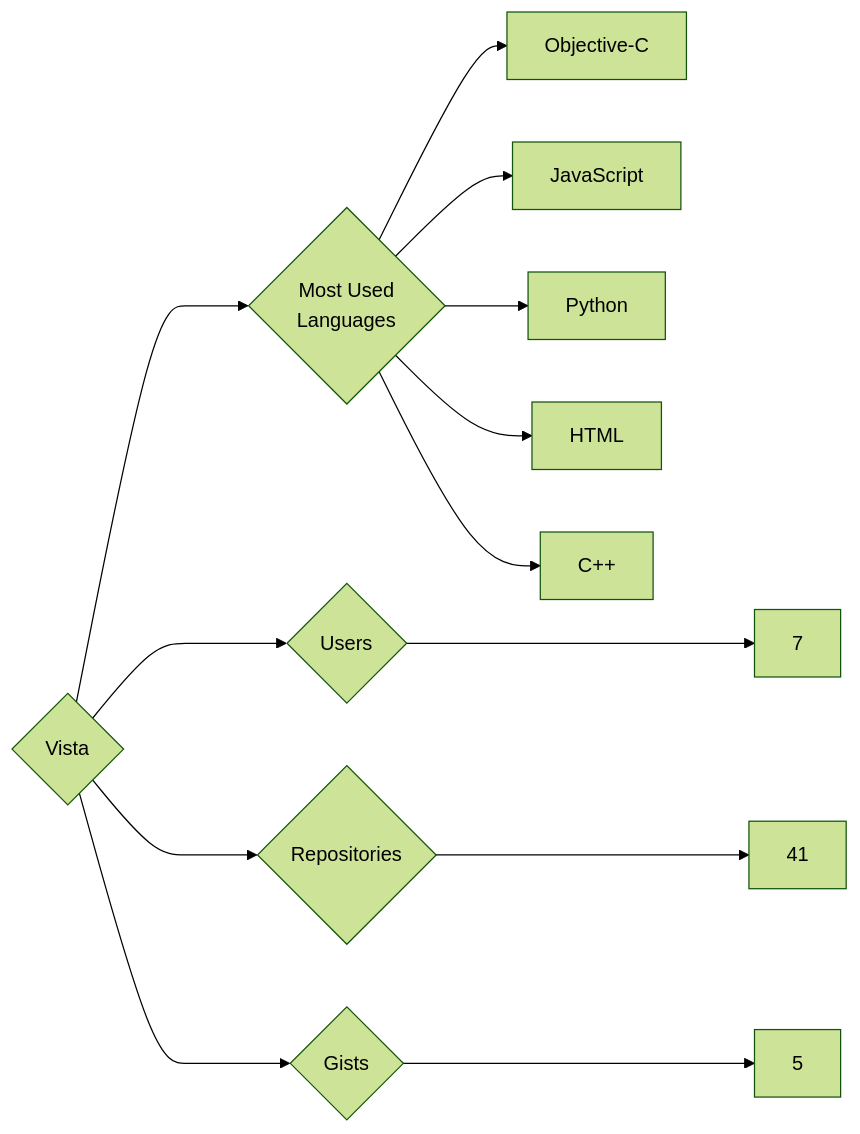
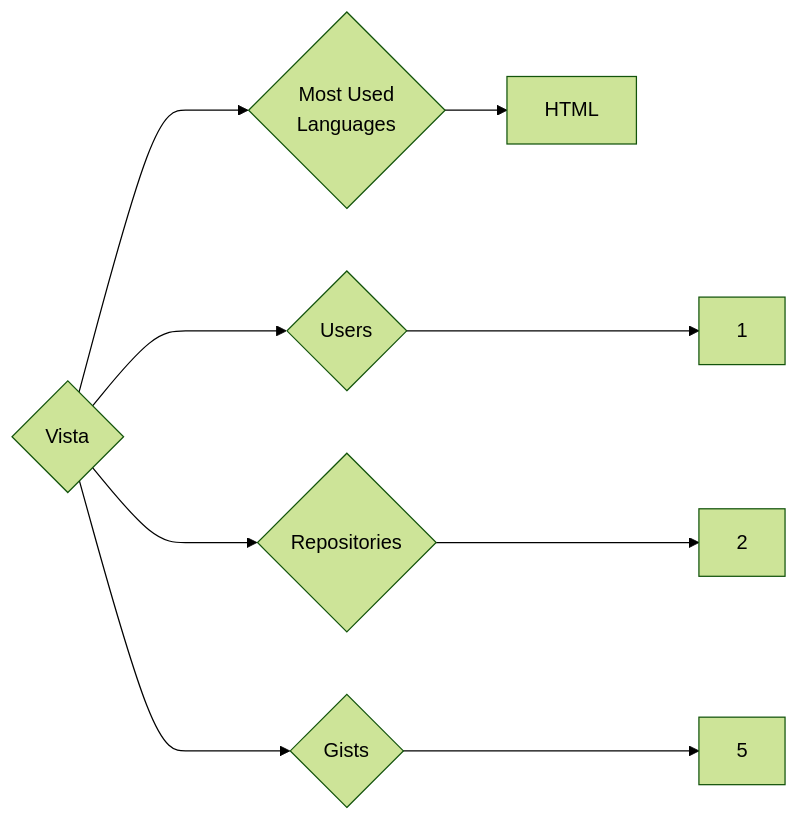
One commit to trickest/insiders changed the diagram in targets/Vista/README.md. Above: the diagram before and after it, drawn with Mermaid (forest theme). The commit also changed 1696 other files, not shown here.

````diff
--- a/targets/Vista/README.md
+++ b/targets/Vista/README.md
@@ -3,13 +3,9 @@
 ```mermaid
 graph LR
 COMPANY_NAME{Vista}
-COMPANY_NAME ---> U{Users} ---> UN[7]
-COMPANY_NAME ---> R{Repositories} ---> RN[41]
+COMPANY_NAME ---> U{Users} ---> UN[1]
+COMPANY_NAME ---> R{Repositories} ---> RN[2]
 COMPANY_NAME ---> G{Gists} ---> GN[5]
 COMPANY_NAME ---> ML{Most Used<br>Languages}
-ML --> Objective-C[Objective-C]
-ML --> JavaScript[JavaScript]
-ML --> Python[Python]
 ML --> HTML[HTML]
-ML --> C++[C++]
 ```
````
